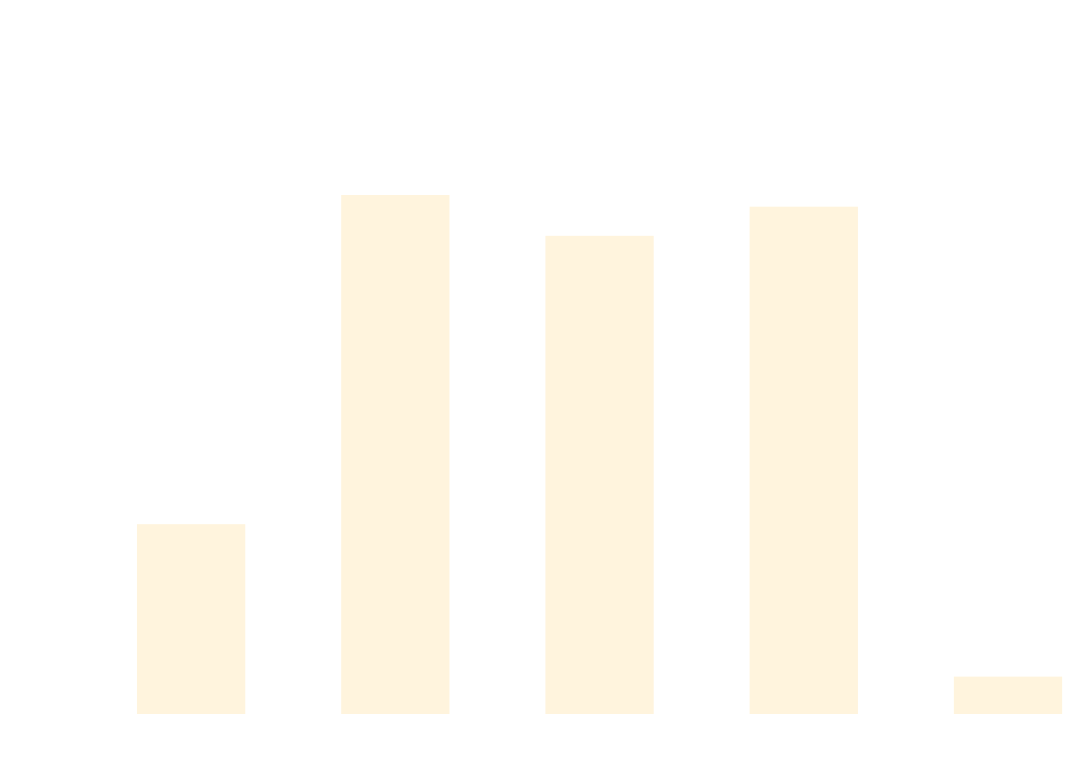
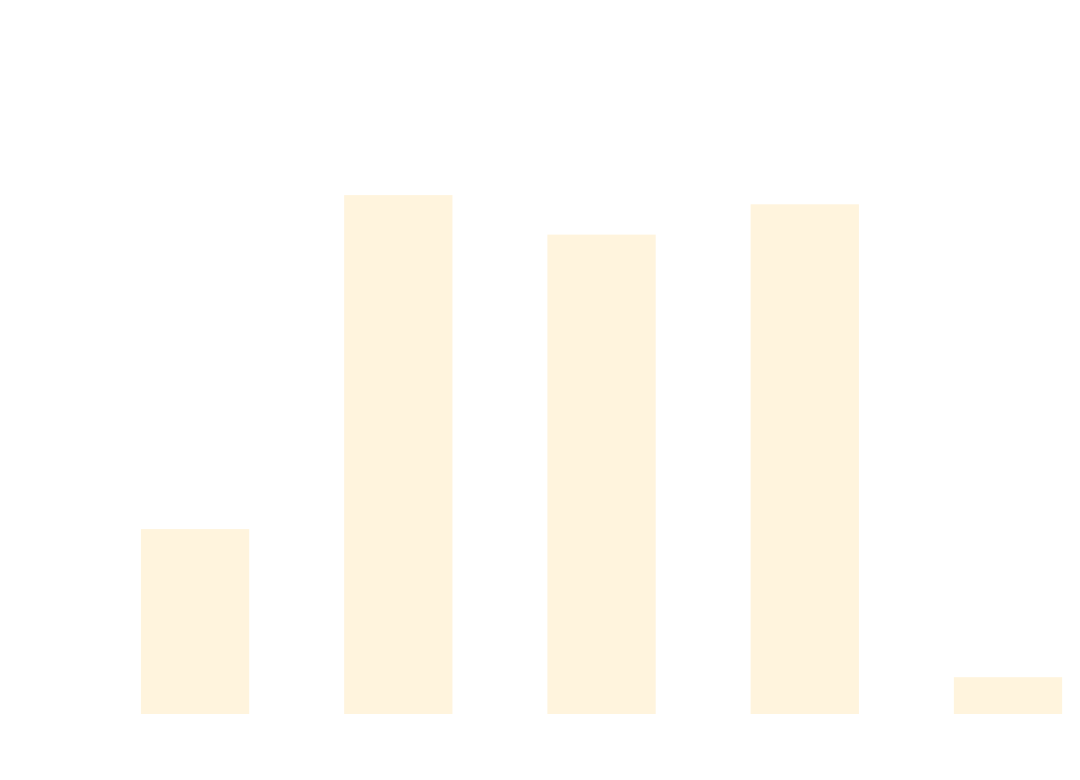
Before and after one commit to thomhurst/TUnit: the diagram in docs/docs/benchmarks/MatrixTests.md, drawn with Mermaid. The commit also changed other lines of this file and 17 other files, not shown here.

````diff
--- a/docs/docs/benchmarks/MatrixTests.md
+++ b/docs/docs/benchmarks/MatrixTests.md
@@ -27,37 +27,37 @@
 ```mermaid
 %%{init: {
   'theme':'base',
   'themeVariables': {
     'primaryColor': '#2563eb',
     'primaryTextColor': '#ffffff',
     'primaryBorderColor': '#1e40af',
     'lineColor': '#6b7280',
     'secondaryColor': '#7c3aed',
     'tertiaryColor': '#dc2626',
     'background': '#ffffff',
     'mainBkg': '#2563eb',
     'secondBkg': '#7c3aed',
     'tertiaryBkg': '#dc2626',
     'clusterBkg': '#f3f4f6',
     'edgeLabelBackground': '#ffffff',
     'tertiaryTextColor': '#1f2937',
     'pie1': '#2563eb',
     'pie2': '#7c3aed',
     'pie3': '#dc2626',
     'pie4': '#f59e0b',
     'pie5': '#10b981',
     'pie6': '#06b6d4',
     'pie7': '#ec4899',
     'pie8': '#6366f1',
     'pie9': '#84cc16',
     'pie10': '#f97316',
     'pie11': '#14b8a6',
     'pie12': '#a855f7'
   }
 }}%%
 xychart-beta
   title "MatrixTests Performance Comparison"
   x-axis ["TUnit", "NUnit", "MSTest", "xUnit3", "TUnit_AOT"]
-  y-axis "Time (ms)" 0 --> 1957
-  bar [570.34, 1630.8, 1499.35, 1593.19, 79.34]
+  y-axis "Time (ms)" 0 --> 2017
+  bar [571.51, 1680.48, 1549.34, 1649.92, 79.84]
 ```
````
